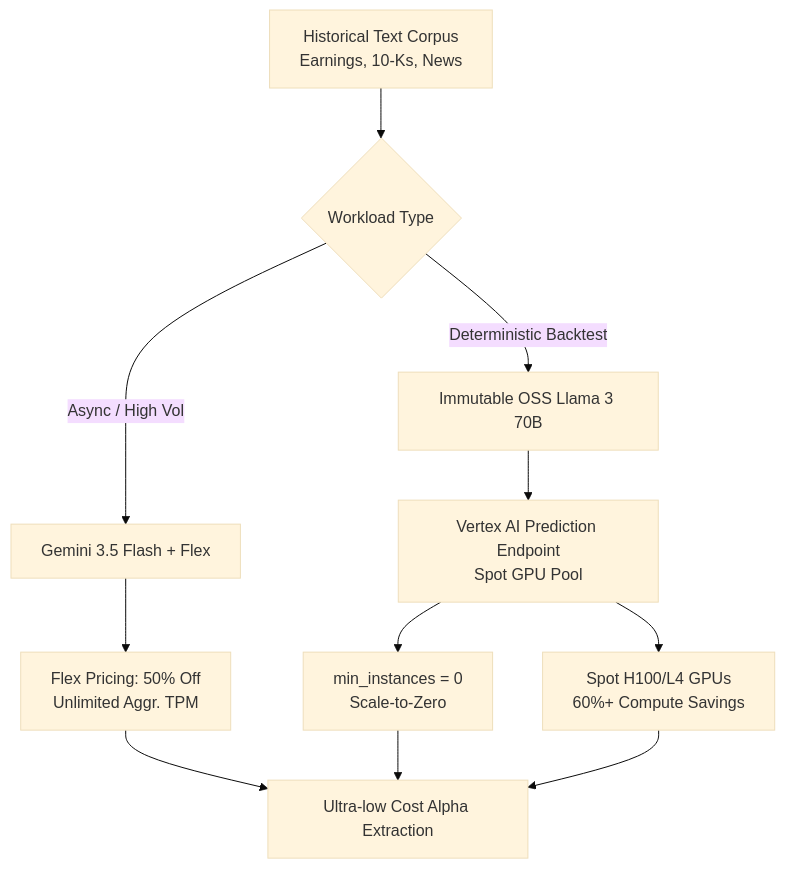
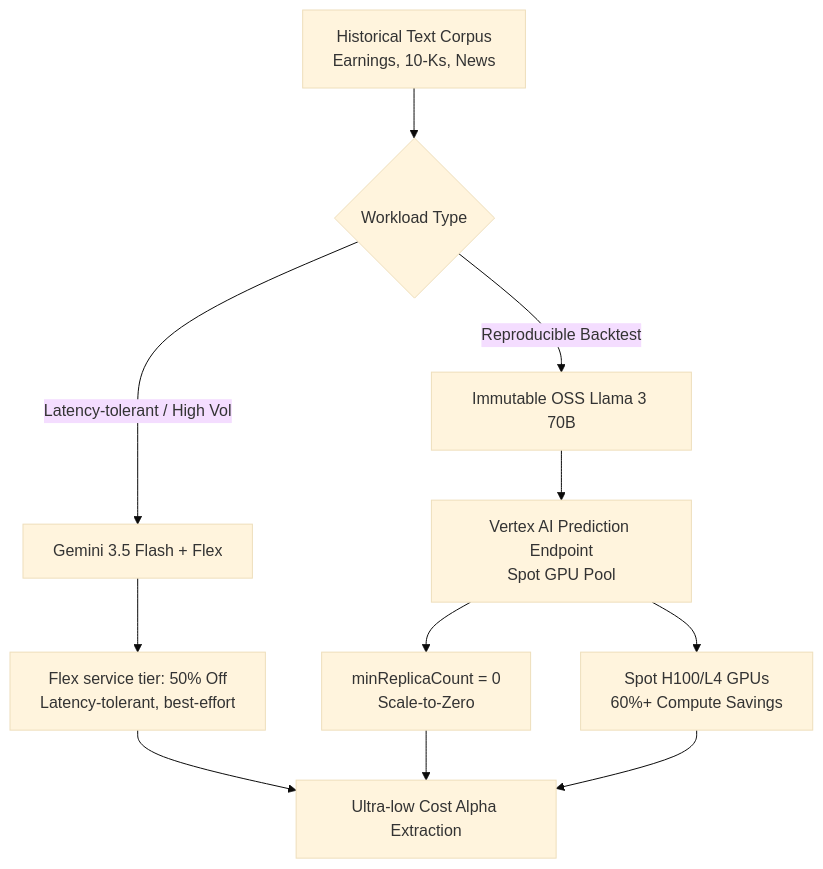
The first of 5 diagrams in public/workshops/workshop-quantscale.md (dambor/workshop-platform), drawn with Mermaid (base theme) before and after one commit. The commit also changed other lines of this file and 3 other files, not shown here.

````diff
--- a/public/workshops/workshop-quantscale.md
+++ b/public/workshops/workshop-quantscale.md
@@ -19,14 +17,14 @@
 ```mermaid
 flowchart TD
-    A[Historical Text Corpus\nEarnings, 10-Ks, News] --> B{Workload Type}
-    B -->|Async / High Vol| C[Gemini 3.5 Flash + Flex]
-    B -->|Deterministic Backtest| D[Immutable OSS Llama 3 70B]
+    A[Historical Text Corpus<br/>Earnings, 10-Ks, News] --> B{Workload Type}
+    B -->|Latency-tolerant / High Vol| C[Gemini 3.5 Flash + Flex]
+    B -->|Reproducible Backtest| D[Immutable OSS Llama 3 70B]
     
-    C --> C1[Flex Pricing: 50% Off\nUnlimited Aggr. TPM]
-    D --> D1[Vertex AI Prediction Endpoint\nSpot GPU Pool]
+    C --> C1[Flex service tier: 50% Off<br/>Latency-tolerant, best-effort]
+    D --> D1[Vertex AI Prediction Endpoint<br/>Spot GPU Pool]
     
-    D1 --> D2[min_instances = 0\nScale-to-Zero]
-    D1 --> D3[Spot H100/L4 GPUs\n60%+ Compute Savings]
+    D1 --> D2[minReplicaCount = 0<br/>Scale-to-Zero]
+    D1 --> D3[Spot H100/L4 GPUs<br/>60%+ Compute Savings]
     
     C1 & D2 & D3 --> E[Ultra-low Cost Alpha Extraction]
 ```
````
